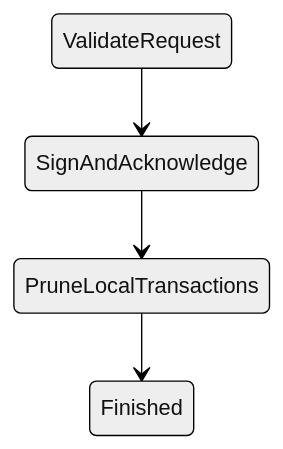
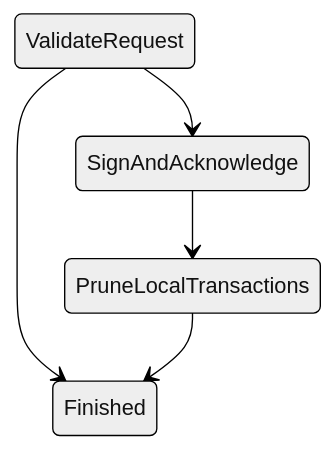
One commit to cardano-scaling/hydra changed the seventh of 18 diagrams in docs/docs/dev/architecture/head-logic-machines.md. Above: the diagram before and after it, drawn with Mermaid (neutral theme). The commit also changed other lines of this file and 35 other files, not shown here.

````diff
--- a/docs/docs/dev/architecture/head-logic-machines.md
+++ b/docs/docs/dev/architecture/head-logic-machines.md
@@ -170,11 +170,12 @@
 ```mermaid
 stateDiagram-v2
 state "ValidateRequest" as s0
 state "SignAndAcknowledge" as s1
 state "PruneLocalTransactions" as s2
 state "Finished" as s3
 s0 --> s1
+s0 --> s3
 s1 --> s2
 s2 --> s3
 
 ```
````
